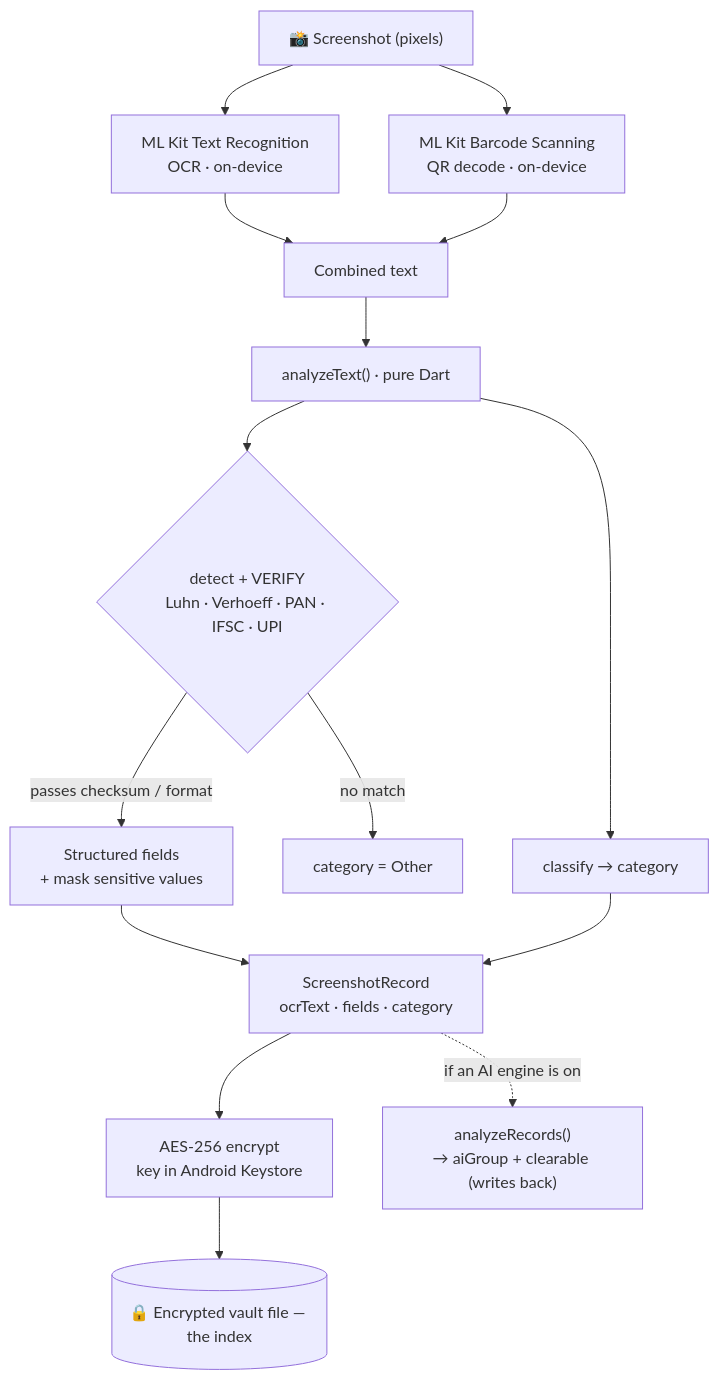
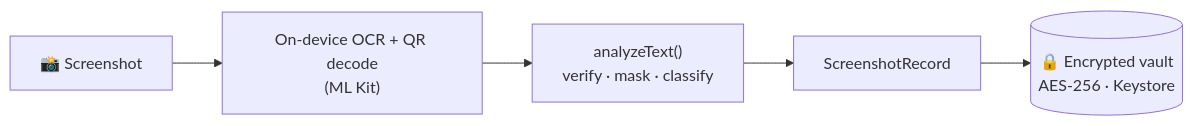
One commit to bhutianimukul/picsearch changed the first of 2 diagrams in README.md. Above: the diagram before and after it, drawn with Mermaid. The commit also changed other lines of this file, not shown here.

First line of the commit message:
README: trim flow diagrams (3→2) + add model/params table

````diff
--- a/README.md
+++ b/README.md
@@ -226,17 +225,4 @@
 ```mermaid
-flowchart TD
-    A["📸 Screenshot (pixels)"] --> B["ML Kit Text Recognition<br/>OCR · on-device"]
-    A --> C["ML Kit Barcode Scanning<br/>QR decode · on-device"]
-    B --> D["Combined text"]
-    C --> D
-    D --> E["analyzeText() · pure Dart"]
-    E --> F{"detect + VERIFY<br/>Luhn · Verhoeff · PAN · IFSC · UPI"}
-    F -->|"passes checksum / format"| G["Structured fields<br/>+ mask sensitive values"]
-    F -->|"no match"| H["category = Other"]
-    E --> I["classify → category"]
-    G --> J["ScreenshotRecord<br/>ocrText · fields · category"]
-    I --> J
-    J --> K["AES-256 encrypt<br/>key in Android Keystore"]
-    K --> L[("🔒 Encrypted vault file — the index")]
-    J -. "if an AI engine is on" .-> M["analyzeRecords()<br/>→ aiGroup + clearable (writes back)"]
+flowchart LR
+    A["📸 Screenshot"] --> B["On-device OCR + QR decode<br/>(ML Kit)"] --> C["analyzeText()<br/>verify · mask · classify"] --> D["ScreenshotRecord"] --> E[("🔒 Encrypted vault<br/>AES-256 · Keystore")]
 ```
````
